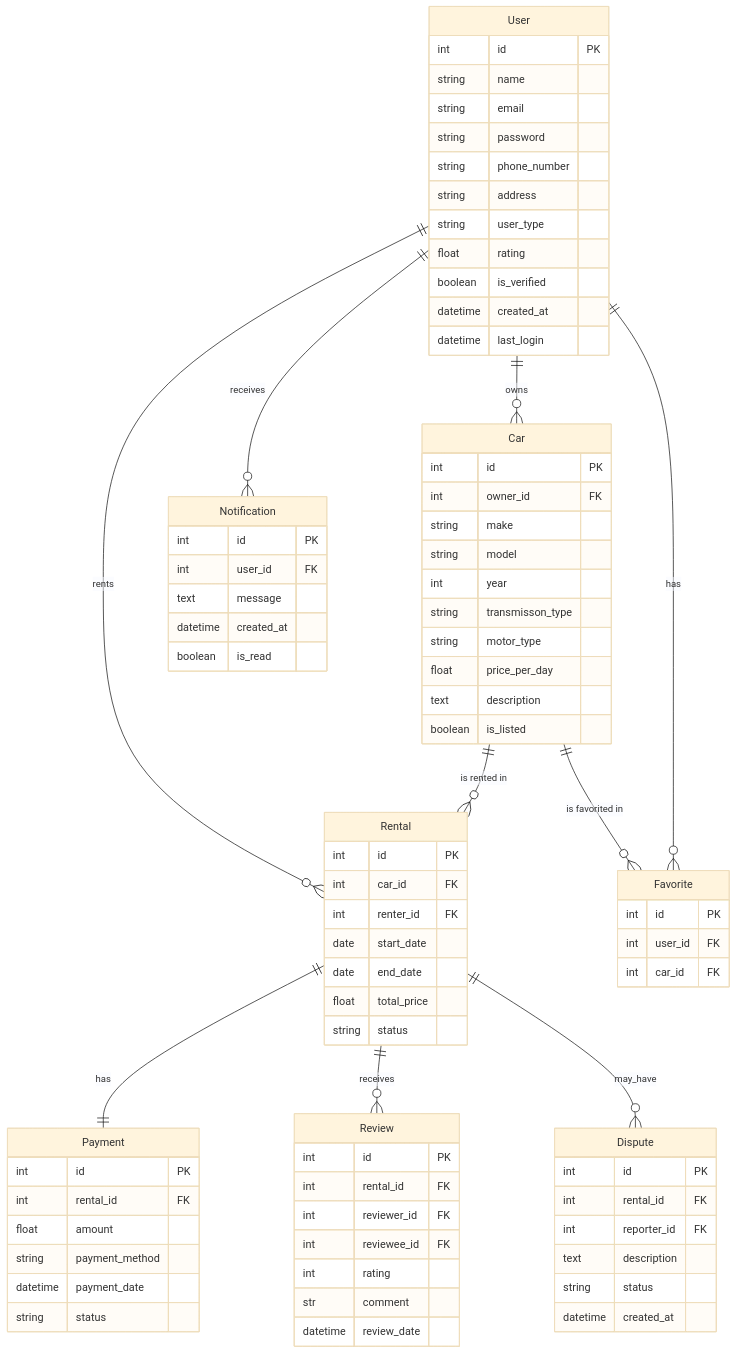
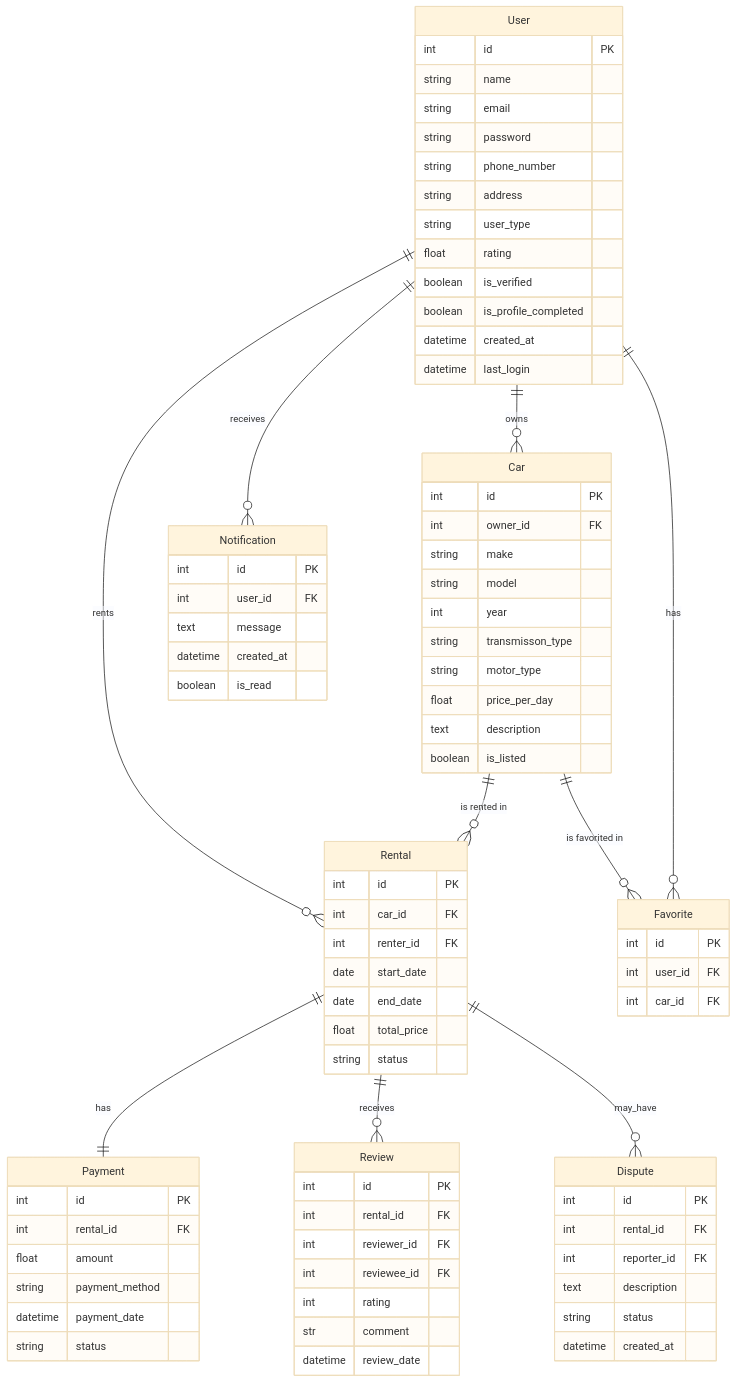
One commit to mitdag/car-rental changed the diagram in ERD.md. Above: the diagram before and after it, drawn with Mermaid (base theme).

Commit message:
feature(ERD): add is_profile_completed to user

```diff
--- a/ERD.md
+++ b/ERD.md
@@ -12,6 +12,7 @@
         string user_type
         float rating
         boolean is_verified
+        boolean is_profile_completed
         datetime created_at
         datetime last_login
     }
```
